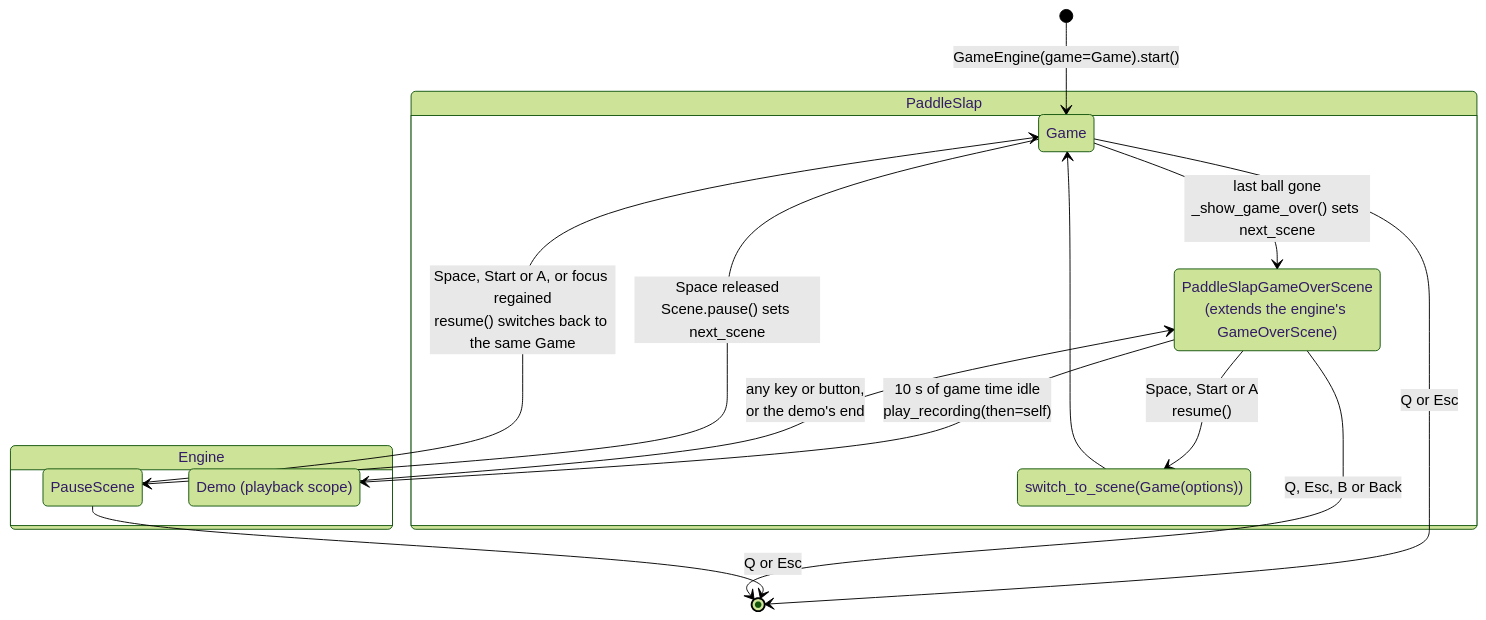
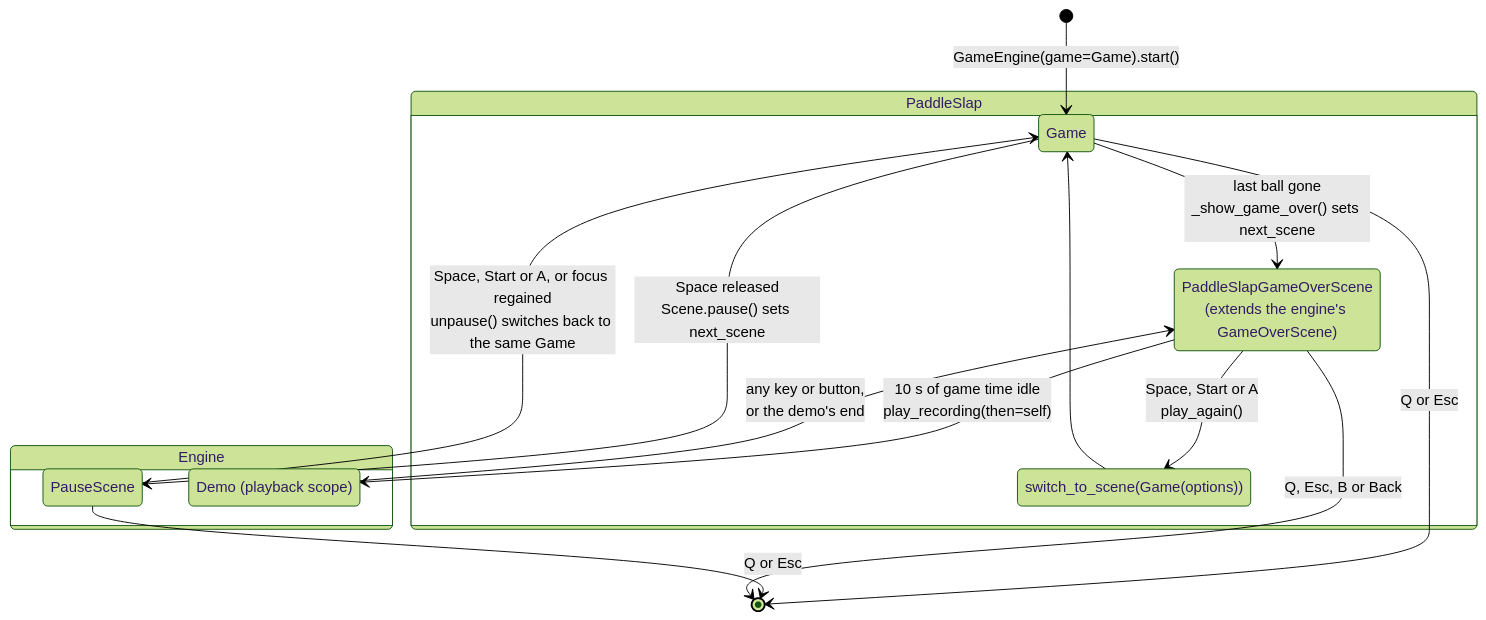
Before and after one commit to terrysimons/glitchygames: the first of 7 diagrams in docs/games/paddleslap.md, drawn with Mermaid (forest theme). The commit also changed other lines of this file and 29 other files, not shown here.

Commit message:
Pausing a scene is not leaving it: Scene.unpause(), and setup() and cleanup() run once (#333)

````diff
--- a/docs/games/paddleslap.md
+++ b/docs/games/paddleslap.md
@@ -74,25 +74,25 @@
 ```mermaid
 stateDiagram-v2
     direction TB
     state "PaddleSlap" as GAME_SCENES {
         state "Game" as Game
         state "PaddleSlapGameOverScene<br/>(extends the engine's GameOverScene)" as GameOver
         state "switch_to_scene(Game(options))" as NewGame
     }
     state "Engine" as ENGINE_SCENES {
         state "PauseScene" as PauseScene
         state "Demo (playback scope)" as Demo
     }
 
     [*] --> Game : GameEngine(game=Game).start()
     Game --> PauseScene : Space released<br/>Scene.pause() sets next_scene
-    PauseScene --> Game : Space, Start or A, or focus regained<br/>resume() switches back to the same Game
+    PauseScene --> Game : Space, Start or A, or focus regained<br/>unpause() switches back to the same Game
     Game --> GameOver : last ball gone<br/>_show_game_over() sets next_scene
     GameOver --> Demo : 10 s of game time idle<br/>play_recording(then=self)
     Demo --> GameOver : any key or button,<br/>or the demo's end
-    GameOver --> NewGame : Space, Start or A<br/>resume()
+    GameOver --> NewGame : Space, Start or A<br/>play_again()
     NewGame --> Game
     Game --> [*] : Q or Esc
     PauseScene --> [*] : Q or Esc
     GameOver --> [*] : Q, Esc, B or Back
 ```
````
